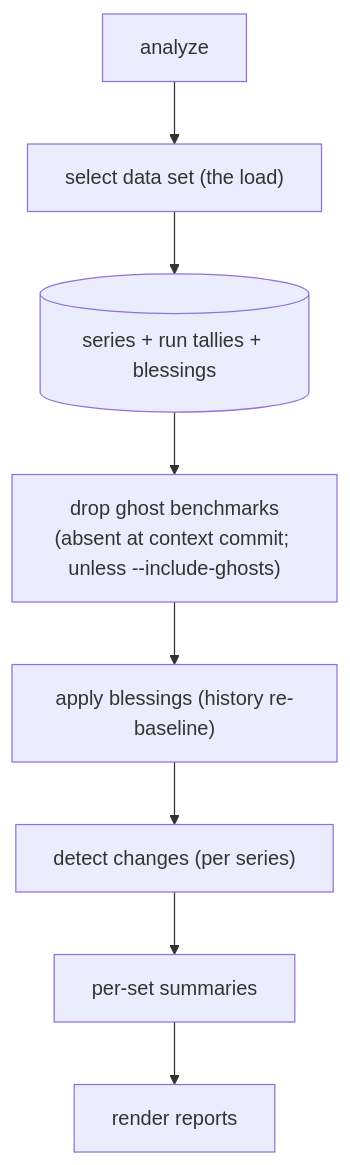
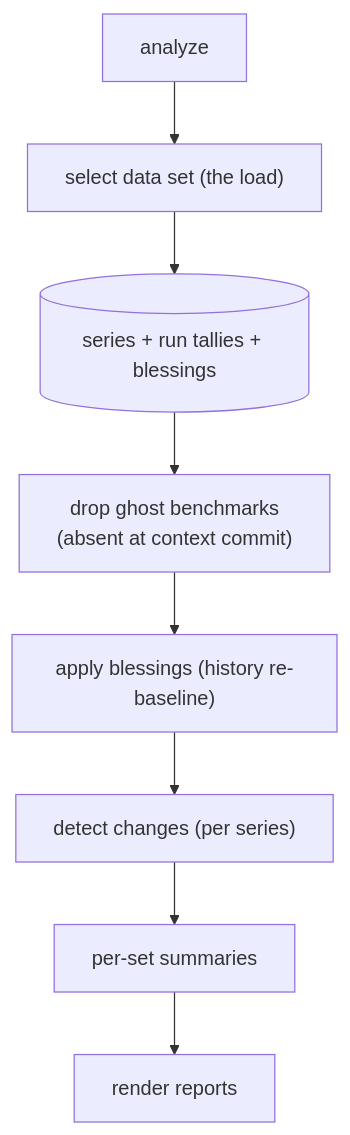
The first of 4 diagrams in packages/cargo-bench-history/docs/analyze.md (folo-rs/folo), drawn with Mermaid before and after one commit. The commit also changed other lines of this file and 13 other files, not shown here.

First line of the commit message:
Remove the --include-ghosts escape hatch

````diff
--- a/packages/cargo-bench-history/docs/analyze.md
+++ b/packages/cargo-bench-history/docs/analyze.md
@@ -26,10 +26,10 @@
 ```mermaid
 flowchart TD
   EXEC["analyze"] --> SD["select data set (the load)"]
   SD --> DS[("series + run tallies + blessings")]
-  DS --> GF["drop ghost benchmarks\n(absent at context commit; unless --include-ghosts)"]
+  DS --> GF["drop ghost benchmarks\n(absent at context commit)"]
   GF --> AB["apply blessings (history re-baseline)"]
   AB --> FC["detect changes (per series)"]
   FC --> SUM["per-set summaries"]
   SUM --> RENDER["render reports"]
 ```
````
